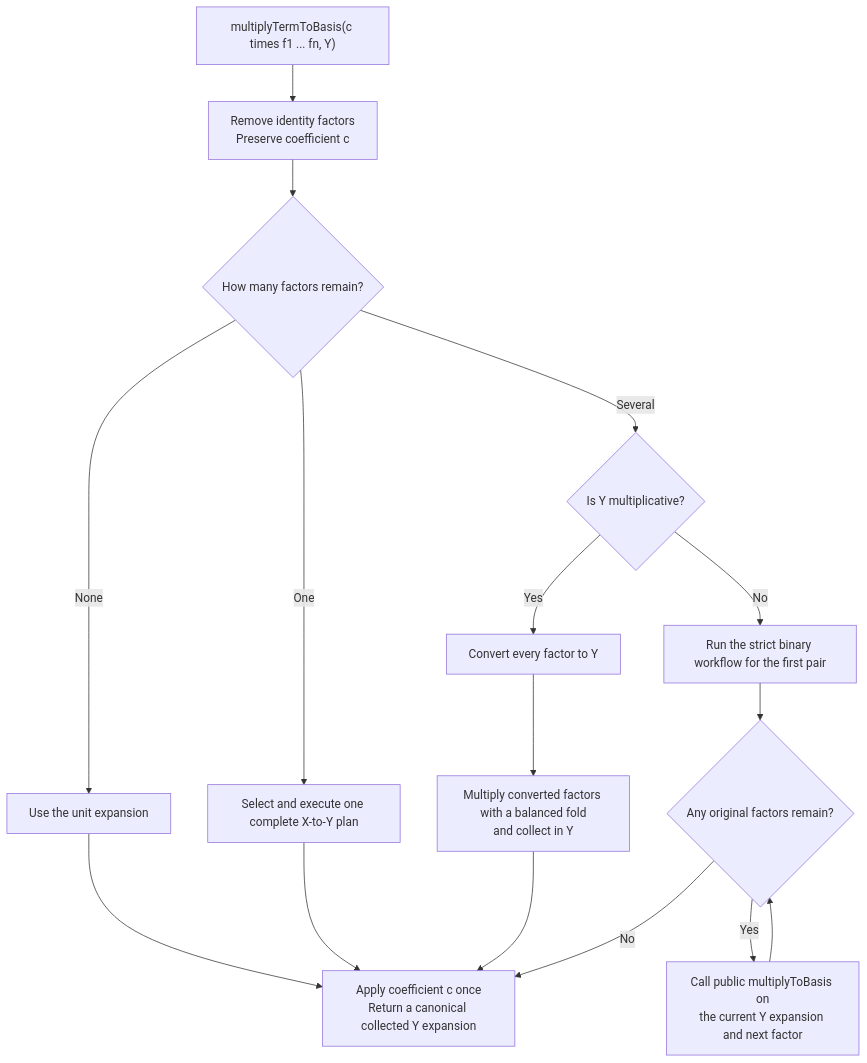
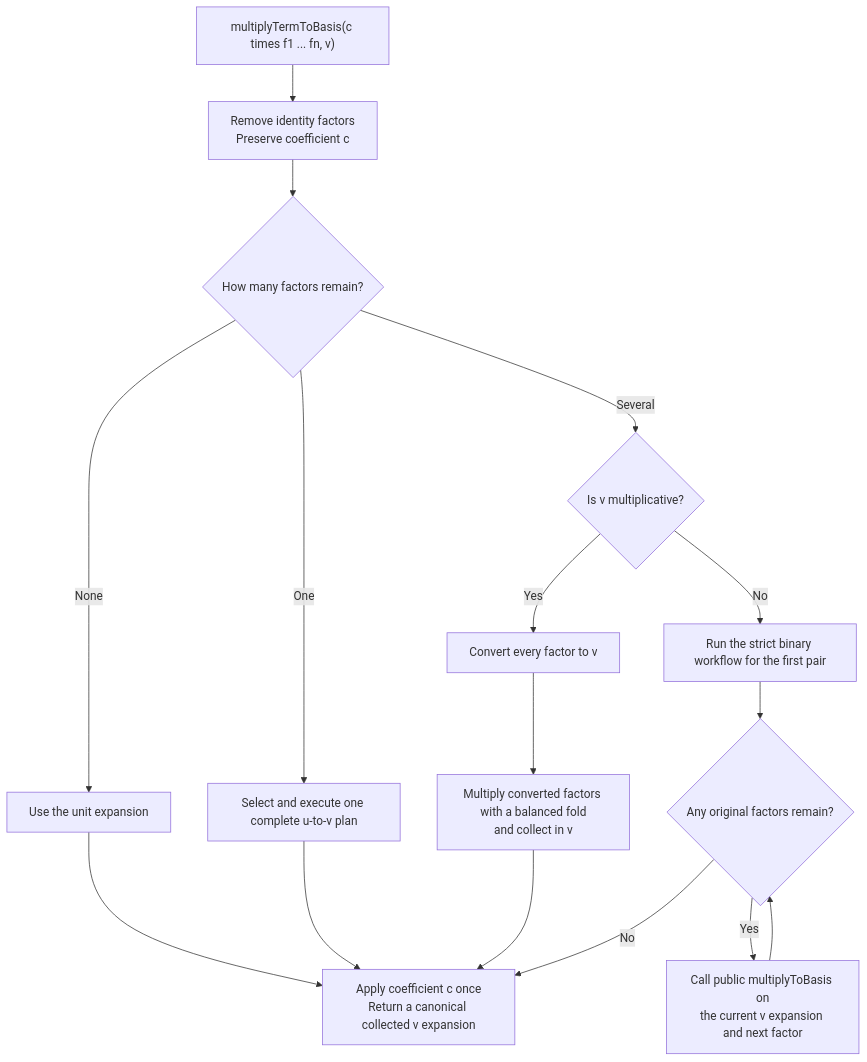
Before and after one commit to j-graf/M2: the second of 5 diagrams in M2/Macaulay2/e/symmetric-rings/README-pipelines.md, drawn with Mermaid. The commit also changed other lines of this file and 12 other files, not shown here.

````diff
--- a/M2/Macaulay2/e/symmetric-rings/README-pipelines.md
+++ b/M2/Macaulay2/e/symmetric-rings/README-pipelines.md
@@ -102,22 +297,22 @@
 ```mermaid
 flowchart TD
-    A["multiplyTermToBasis(c times f1 ... fn, Y)"] --> B["Remove identity factors<br/>Preserve coefficient c"]
+    A["multiplyTermToBasis(c times f1 ... fn, v)"] --> B["Remove identity factors<br/>Preserve coefficient c"]
     B --> C{"How many factors remain?"}
 
     C -->|"None"| U["Use the unit expansion"]
-    C -->|"One"| O["Select and execute one complete X-to-Y plan"]
-    C -->|"Several"| D{"Is Y multiplicative?"}
+    C -->|"One"| O["Select and execute one complete u-to-v plan"]
+    C -->|"Several"| D{"Is v multiplicative?"}
 
-    D -->|"Yes"| E["Convert every factor to Y"]
-    E --> F["Multiply converted factors with a balanced fold<br/>and collect in Y"]
+    D -->|"Yes"| E["Convert every factor to v"]
+    E --> F["Multiply converted factors with a balanced fold<br/>and collect in v"]
 
     D -->|"No"| H["Run the strict binary workflow for the first pair"]
     H --> I{"Any original factors remain?"}
-    I -->|"Yes"| J["Call public multiplyToBasis on<br/>the current Y expansion and next factor"]
+    I -->|"Yes"| J["Call public multiplyToBasis on<br/>the current v expansion and next factor"]
     J --> I
 
-    U --> R["Apply coefficient c once<br/>Return a canonical collected Y expansion"]
+    U --> R["Apply coefficient c once<br/>Return a canonical collected v expansion"]
     O --> R
     F --> R
     I -->|"No"| R
 ```
````
